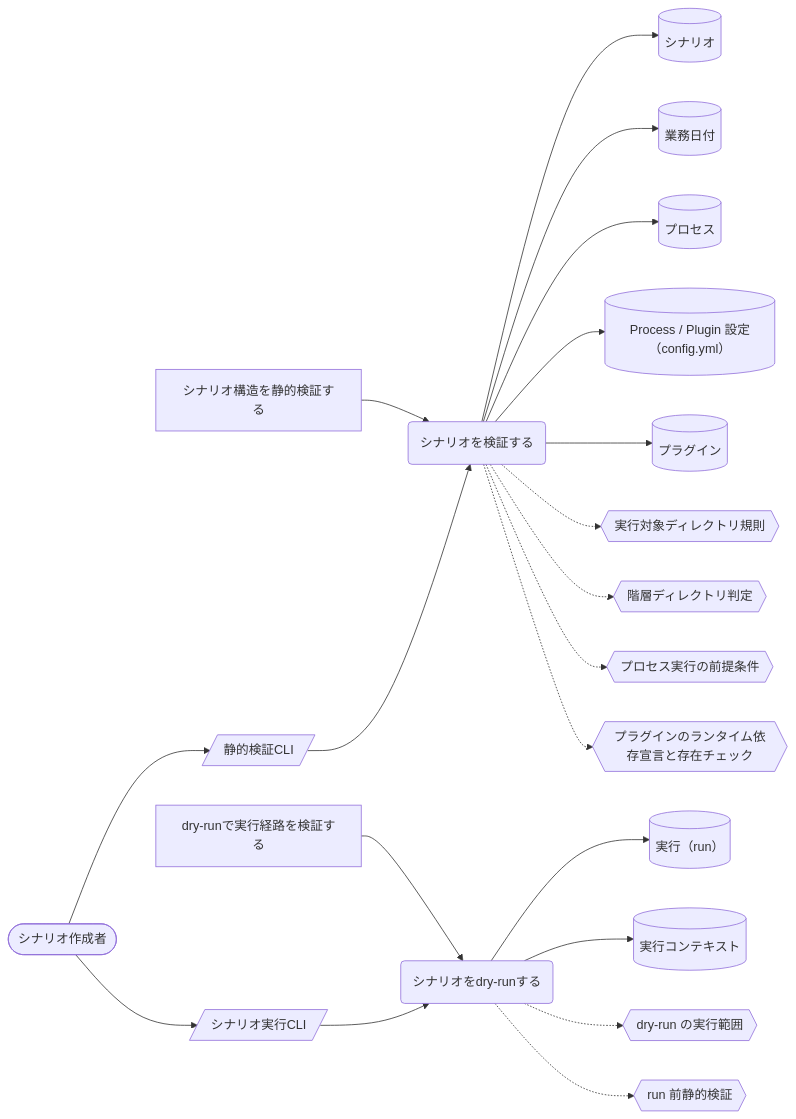
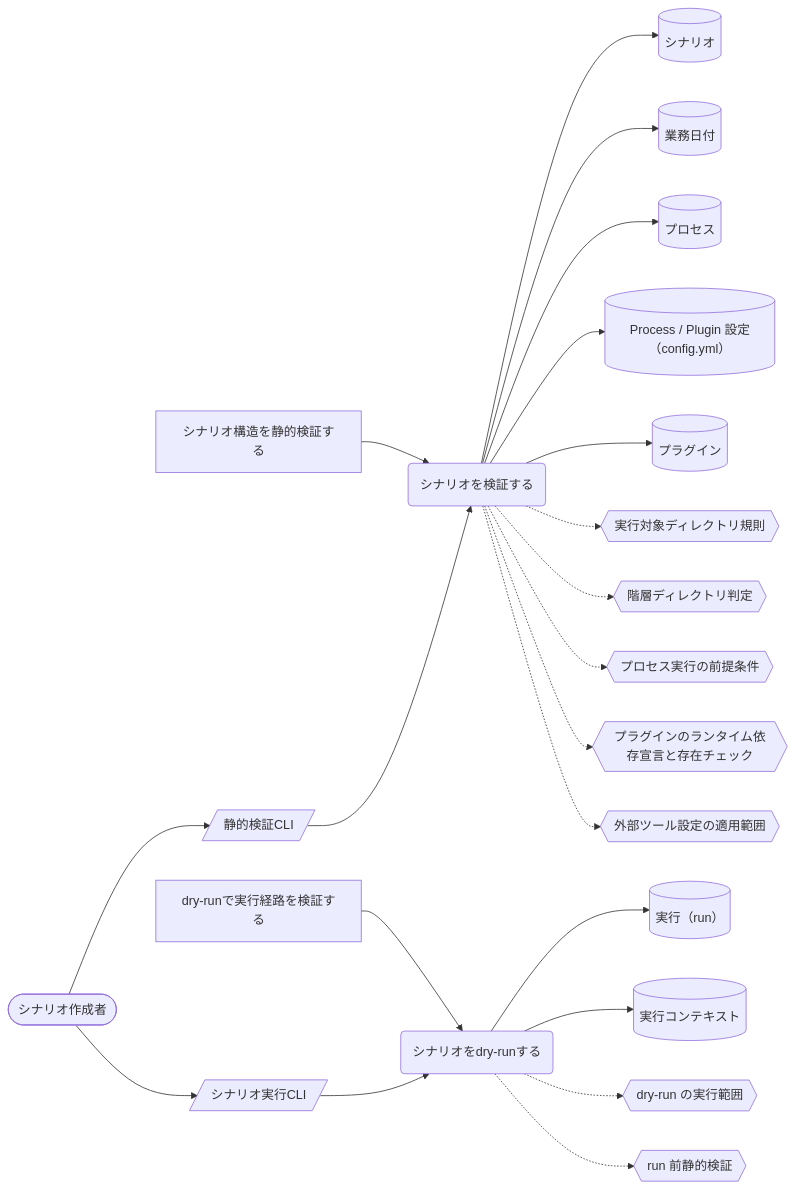
Before and after one commit to scenario-test-framework/stfw: the fourth of 7 diagrams in docs/rdra/latest/views/04_UC複合図.md, drawn with Mermaid. The commit also changed other lines of this file and 23 other files, not shown here.

````diff
--- a/docs/rdra/latest/views/04_UC複合図.md
+++ b/docs/rdra/latest/views/04_UC複合図.md
@@ -184,42 +186,44 @@
 ```mermaid
 graph LR
   UC1("シナリオを検証する")
   AT1["シナリオ構造を静的検証する"]
   IF1[("シナリオ")]
   IF2[("業務日付")]
   IF3[("プロセス")]
   IF4[("Process / Plugin 設定（config.yml）")]
   IF5[("プラグイン")]
   CD1{{"実行対象ディレクトリ規則"}}
   CD2{{"階層ディレクトリ判定"}}
   CD3{{"プロセス実行の前提条件"}}
   CD4{{"プラグインのランタイム依存宣言と存在チェック"}}
   SC1[/"静的検証CLI"/]
   AC1(["シナリオ作成者"])
   UC2("シナリオをdry-runする")
   AT2["dry-runで実行経路を検証する"]
   IF6[("実行（run）")]
   IF7[("実行コンテキスト")]
   CD5{{"dry-run の実行範囲"}}
   CD6{{"run 前静的検証"}}
   SC2[/"シナリオ実行CLI"/]
+  CD7{{"外部ツール設定の適用範囲"}}
   AT1 --> UC1
   UC1 --> IF1
   UC1 --> IF2
   UC1 --> IF3
   UC1 --> IF4
   UC1 --> IF5
   UC1 -.-> CD1
   UC1 -.-> CD2
   UC1 -.-> CD3
   UC1 -.-> CD4
   AC1 --> SC1
   SC1 --> UC1
   AT2 --> UC2
   UC2 --> IF6
   UC2 --> IF7
   UC2 -.-> CD5
   UC2 -.-> CD6
   AC1 --> SC2
   SC2 --> UC2
+  UC1 -.-> CD7
 ```
````
